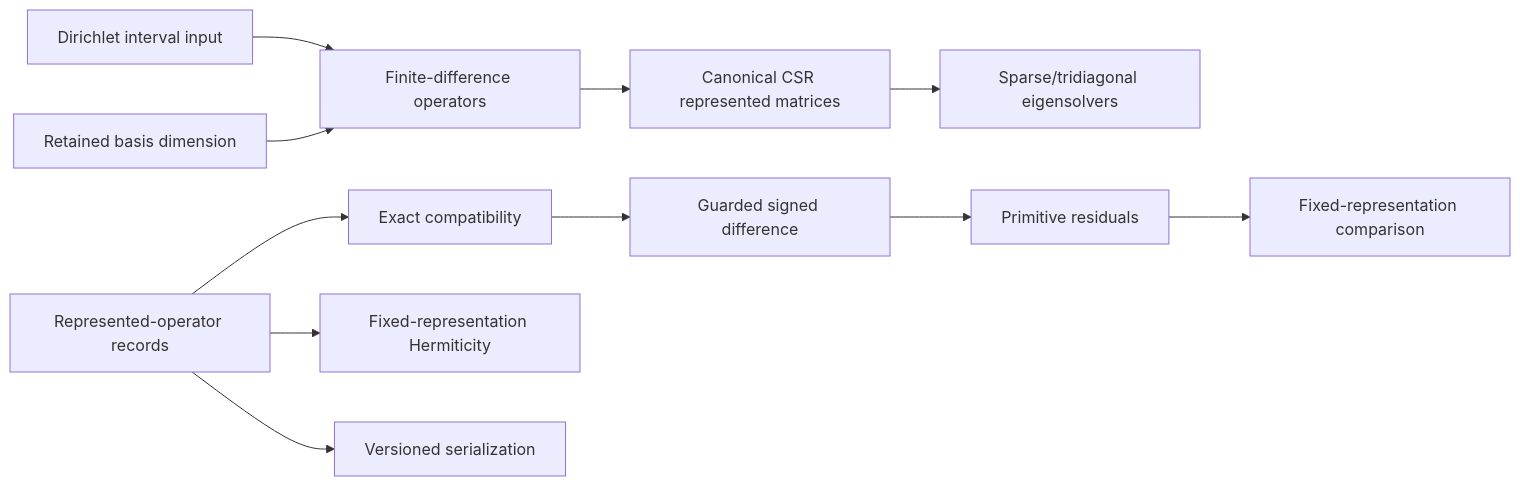
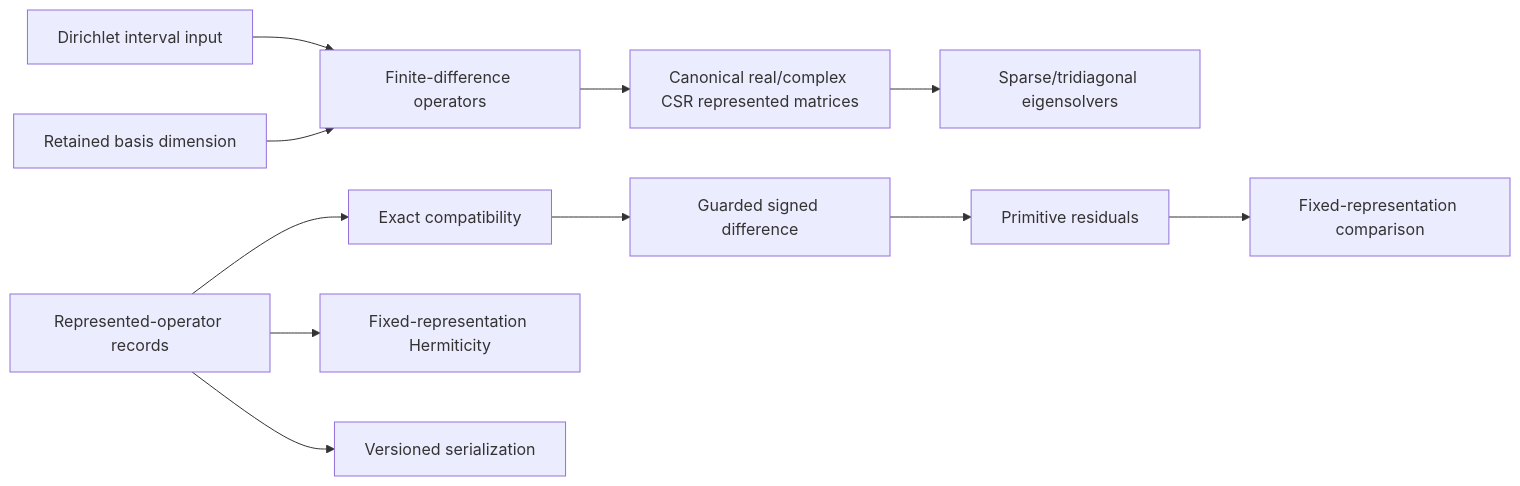
Before and after one commit to eragasa/ksdft2effmass: the diagram in docs/architecture/v2/ksdft2effmass/operators/index.md, drawn with Mermaid. The commit also changed other lines of this file and 113 other files, not shown here.

````diff
--- a/docs/architecture/v2/ksdft2effmass/operators/index.md
+++ b/docs/architecture/v2/ksdft2effmass/operators/index.md
@@ -30,13 +35,13 @@
 ```mermaid
 flowchart LR
     interval["Dirichlet interval input"] --> construction["Finite-difference operators"]
     ladder["Retained basis dimension"] --> construction
-    construction --> matrices["Canonical CSR represented matrices"]
+    construction --> matrices["Canonical real/complex CSR represented matrices"]
     matrices --> sparse_solver["Sparse/tridiagonal eigensolvers"]
     records["Represented-operator records"] --> compatibility["Exact compatibility"]
     records --> hermiticity["Fixed-representation Hermiticity"]
     compatibility --> difference["Guarded signed difference"]
     difference --> residuals["Primitive residuals"]
     residuals --> comparison["Fixed-representation comparison"]
     records --> serialization["Versioned serialization"]
 ```
````
